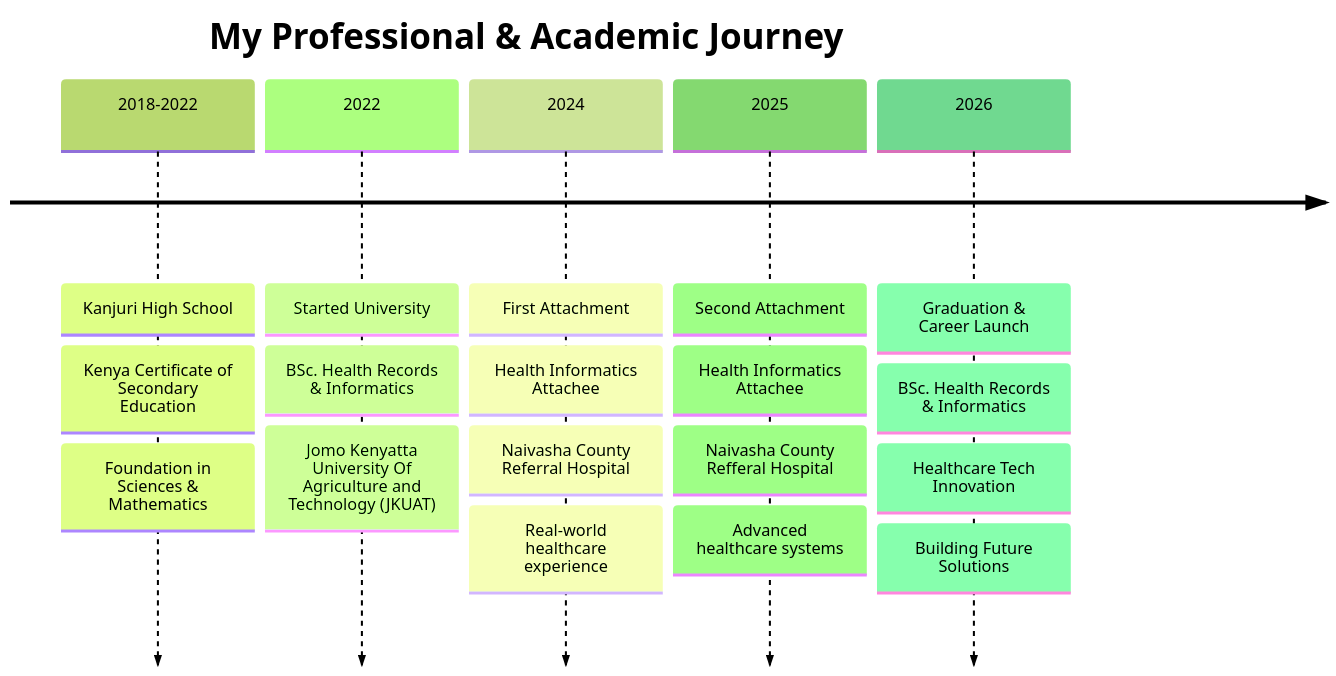
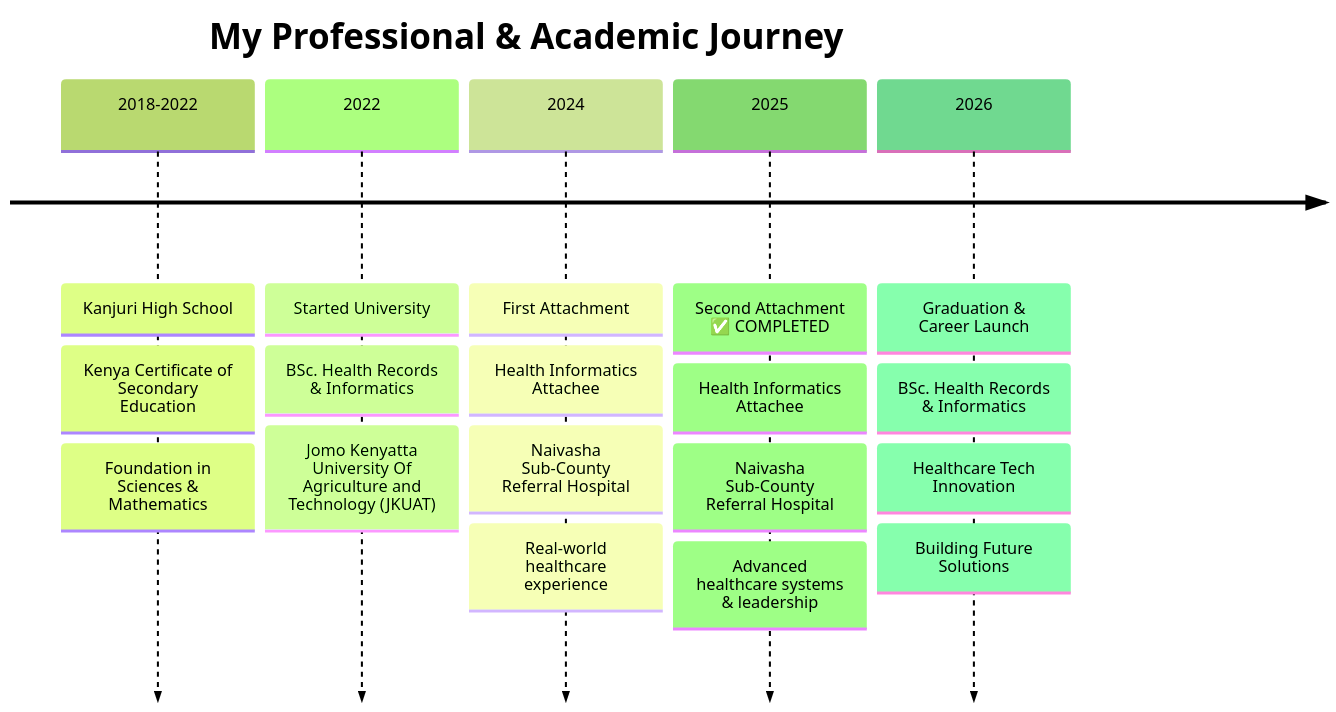
The first of 2 diagrams in README.md (Sammy2266/Sammy2266), drawn with Mermaid (forest theme) before and after one commit. The commit also changed other lines of this file, not shown here.

````diff
--- a/README.md
+++ b/README.md
@@ -34,27 +34,27 @@
 ```mermaid
 timeline
     title My Professional & Academic Journey
 
     2018-2022 : Kanjuri High School
               : Kenya Certificate of Secondary Education
               : Foundation in Sciences & Mathematics
 
     2022      : Started University
               : BSc. Health Records & Informatics
               : Jomo Kenyatta University Of Agriculture and Technology (JKUAT)
 
     2024      : First Attachment
               : Health Informatics Attachee
-              : Naivasha County Referral Hospital
+              : Naivasha Sub-County Referral Hospital
               : Real-world healthcare experience
 
-    2025      : Second Attachment
+    2025      : Second Attachment ✅ COMPLETED
               : Health Informatics Attachee
-              : Naivasha County Refferal Hospital
-              : Advanced healthcare systems
+              : Naivasha Sub-County Referral Hospital
+              : Advanced healthcare systems & leadership
 
     2026      : Graduation & Career Launch
               : BSc. Health Records & Informatics
               : Healthcare Tech Innovation
               : Building Future Solutions
 ```
````
